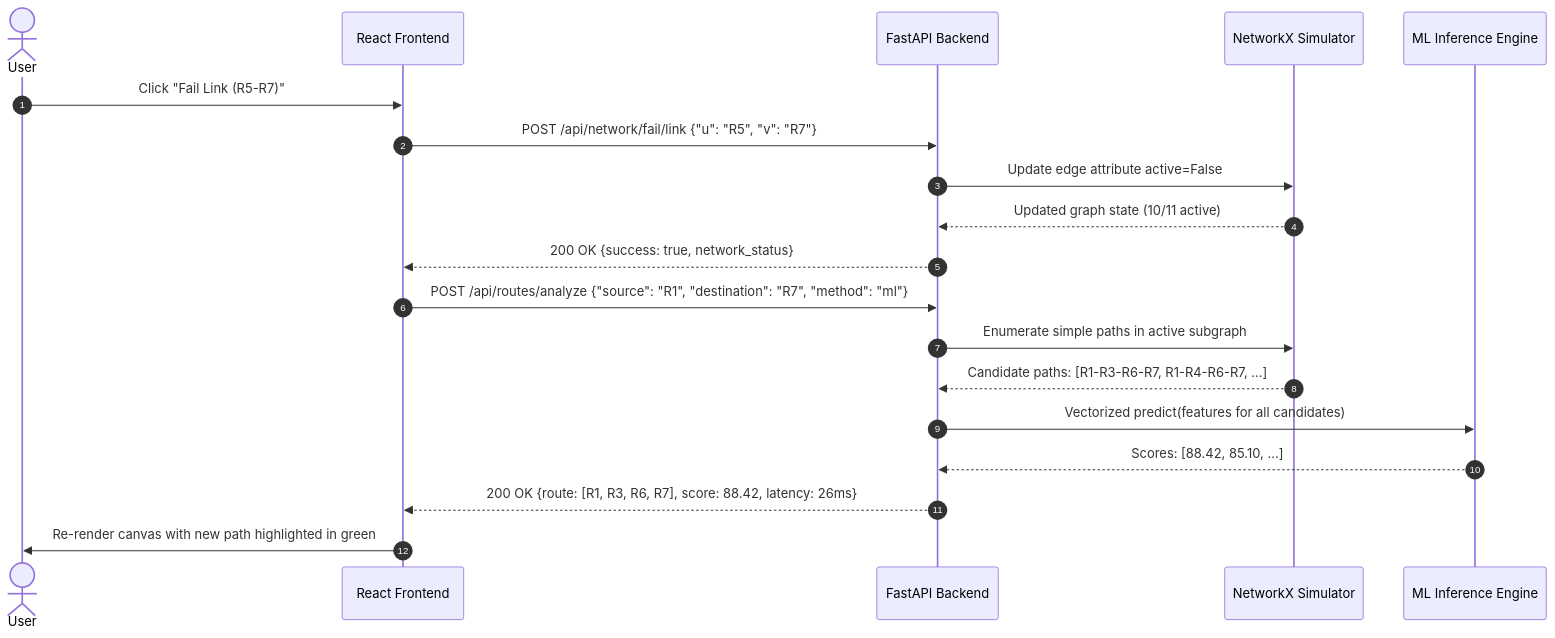
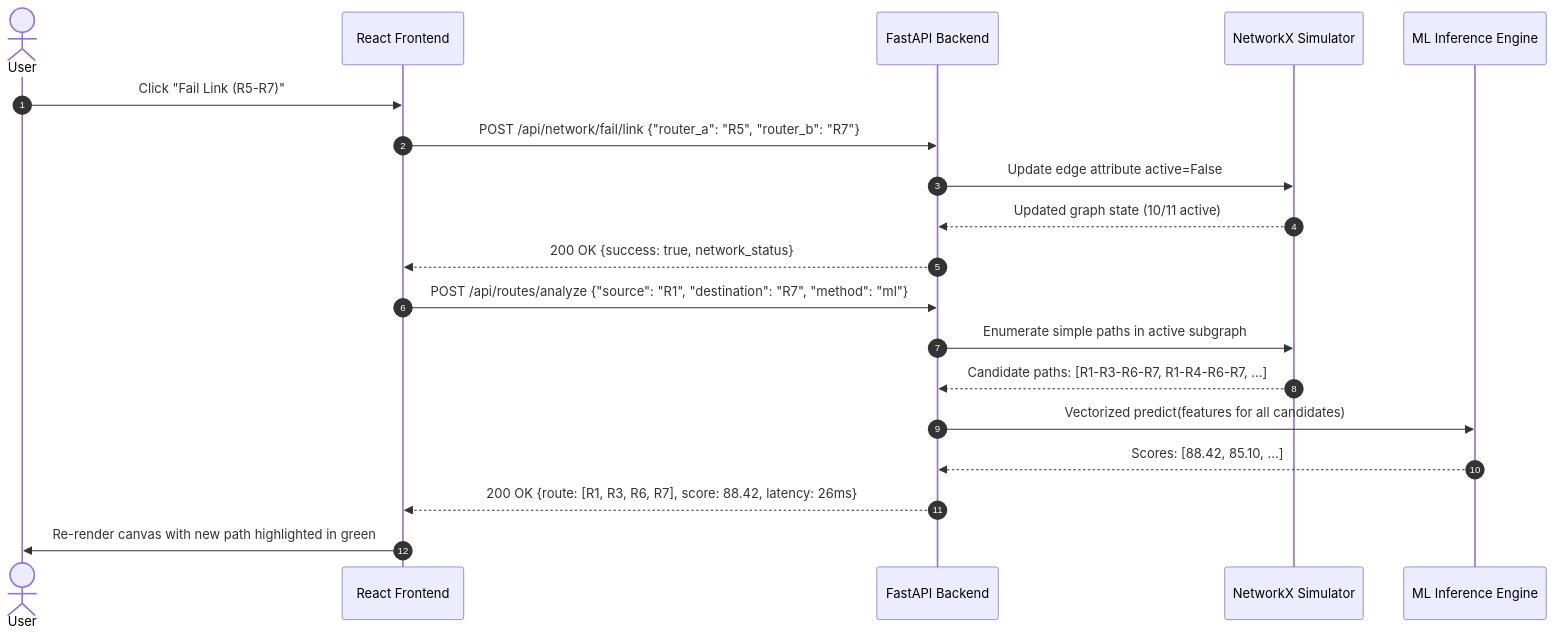
Before and after one commit to dakshatam21/NetHeal: the second of 3 diagrams in docs/ARCHITECTURE.md, drawn with Mermaid. The commit also changed 26 other files, not shown here.

````diff
--- a/docs/ARCHITECTURE.md
+++ b/docs/ARCHITECTURE.md
@@ -74,22 +74,22 @@
 ```mermaid
 sequenceDiagram
     autonumber
     actor User
     participant UI as React Frontend
     participant API as FastAPI Backend
     participant Sim as NetworkX Simulator
     participant ML as ML Inference Engine
 
     User->>UI: Click "Fail Link (R5-R7)"
-    UI->>API: POST /api/network/fail/link {"u": "R5", "v": "R7"}
+    UI->>API: POST /api/network/fail/link {"router_a": "R5", "router_b": "R7"}
     API->>Sim: Update edge attribute active=False
     Sim-->>API: Updated graph state (10/11 active)
     API-->>UI: 200 OK {success: true, network_status}
     UI->>API: POST /api/routes/analyze {"source": "R1", "destination": "R7", "method": "ml"}
     API->>Sim: Enumerate simple paths in active subgraph
     Sim-->>API: Candidate paths: [R1-R3-R6-R7, R1-R4-R6-R7, ...]
     API->>ML: Vectorized predict(features for all candidates)
     ML-->>API: Scores: [88.42, 85.10, ...]
     API-->>UI: 200 OK {route: [R1, R3, R6, R7], score: 88.42, latency: 26ms}
     UI->>User: Re-render canvas with new path highlighted in green
 ```
````
